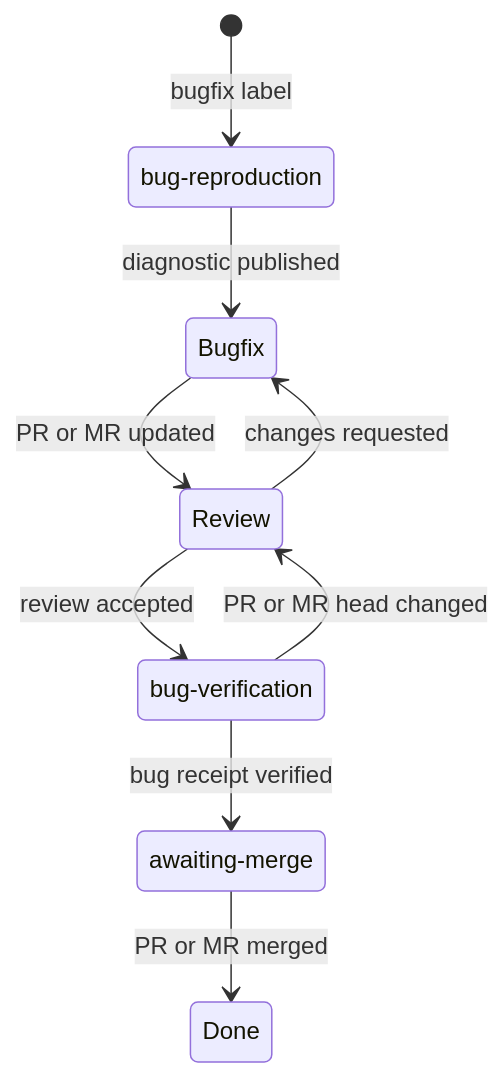
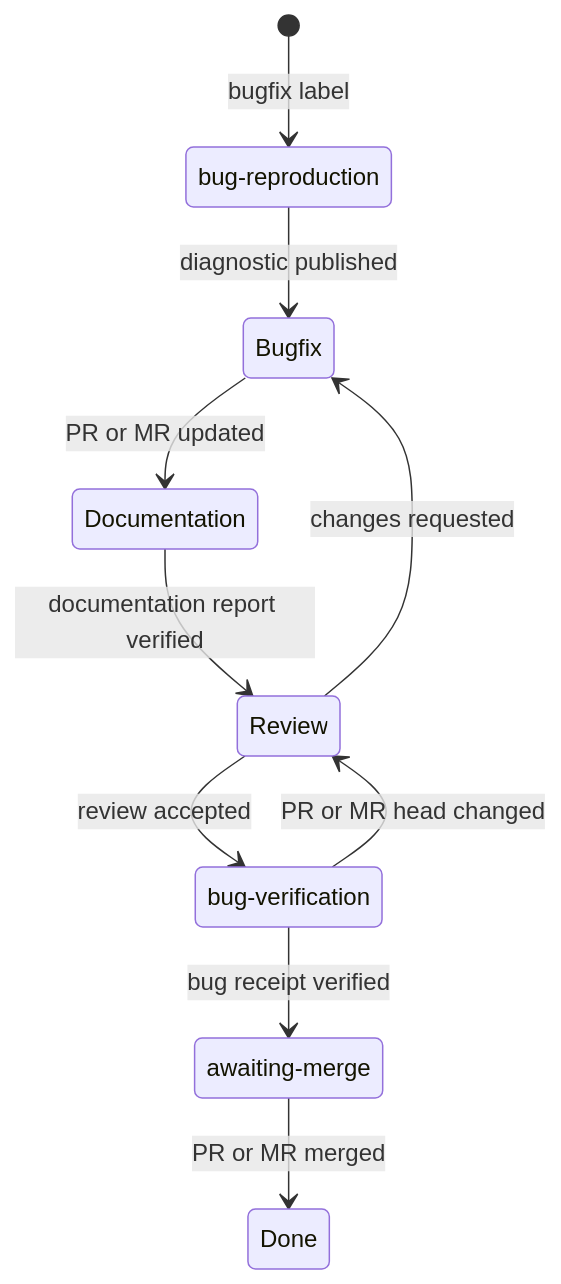
One commit to denifilatoff/agent-flow changed the second of 3 diagrams in docs/agent-flow-architecture.md. Above: the diagram before and after it, drawn with Mermaid. The commit also changed other lines of this file and 5 other files, not shown here.

````diff
--- a/docs/agent-flow-architecture.md
+++ b/docs/agent-flow-architecture.md
@@ -291,15 +300,16 @@
 ```mermaid
 stateDiagram-v2
     state "bug-reproduction" as BugReproduction
     state "bug-verification" as BugVerification
     state "awaiting-merge" as AwaitingMerge
 
     [*] --> BugReproduction: bugfix label
     BugReproduction --> Bugfix: diagnostic published
-    Bugfix --> Review: PR or MR updated
+    Bugfix --> Documentation: PR or MR updated
+    Documentation --> Review: documentation report verified
     Review --> Bugfix: changes requested
     Review --> BugVerification: review accepted
     BugVerification --> Review: PR or MR head changed
     BugVerification --> AwaitingMerge: bug receipt verified
     AwaitingMerge --> Done: PR or MR merged
 ```
````
